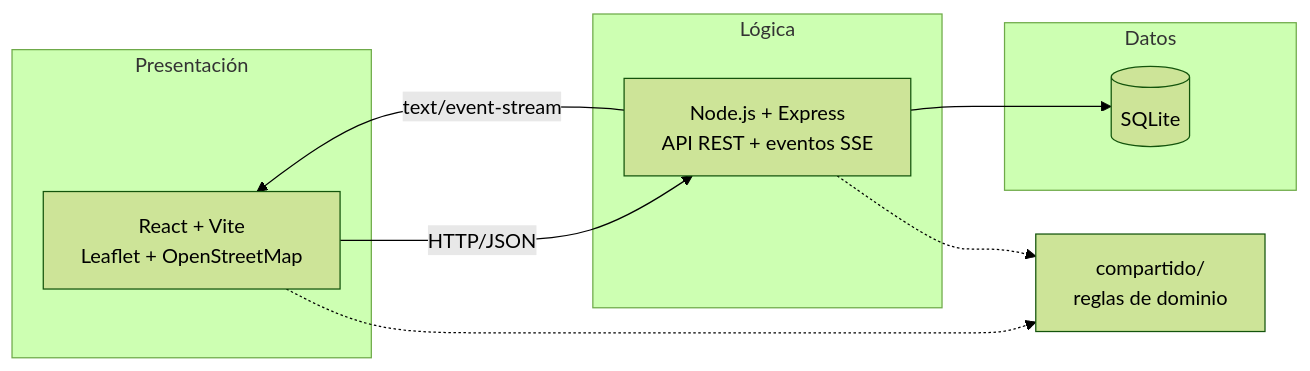
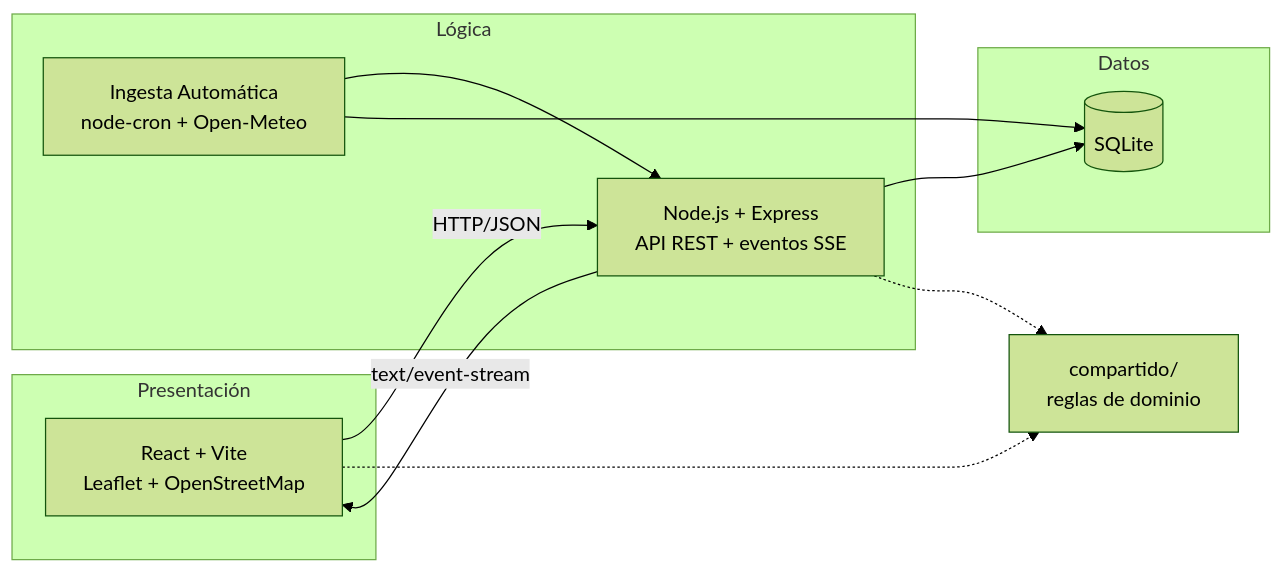
Before and after one commit to nachoo08/geoAlerts: the diagram in README.md, drawn with Mermaid (forest theme). The commit also changed other lines of this file, not shown here.

````diff
--- a/README.md
+++ b/README.md
@@ -24,18 +22,21 @@
 ```mermaid
 flowchart LR
     subgraph Presentación
         R["React + Vite<br/>Leaflet + OpenStreetMap"]
     end
     subgraph Lógica
         E["Node.js + Express<br/>API REST + eventos SSE"]
+        CRON["Ingesta Automática<br/>node-cron + Open-Meteo"]
     end
     subgraph Datos
         S[("SQLite")]
     end
     C["compartido/<br/>reglas de dominio"]
+    CRON --> E
     R -- "HTTP/JSON" --> E
     E -- "text/event-stream" --> R
     E --> S
+    CRON --> S
     R -.-> C
     E -.-> C
 ```
````
